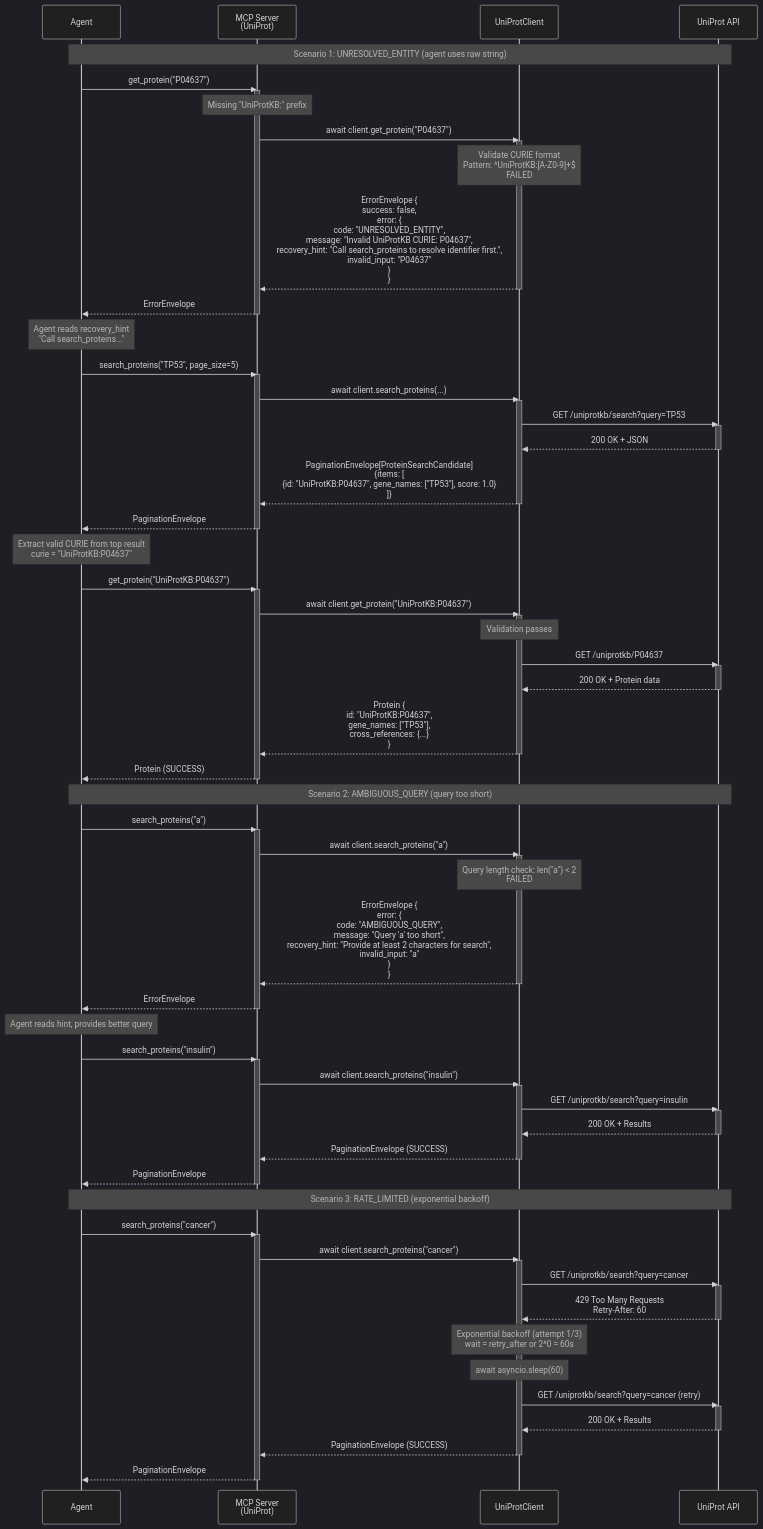
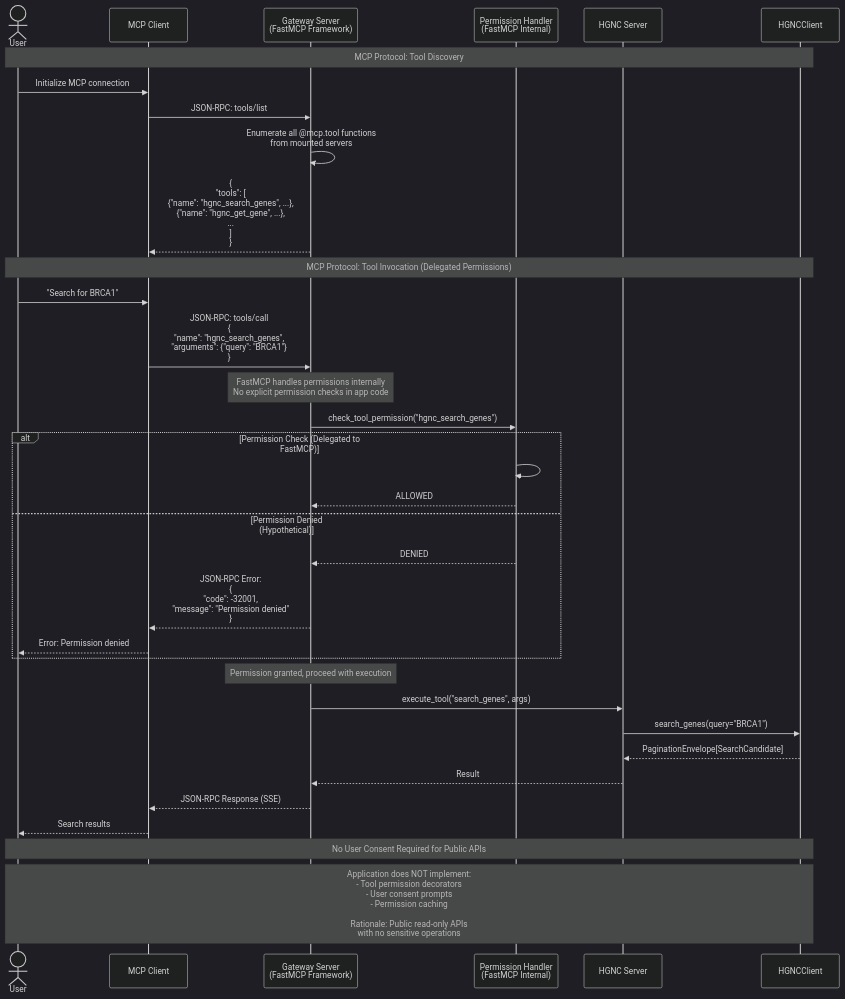
The third of 7 diagrams in architecture/docs/03_data_flows.md (donbr/lifesciences-research), drawn with Mermaid (dark theme) before and after one commit. The commit also changed other lines of this file and 11 other files, not shown here.

First line of the commit message:
Remove experimental aggregator and update architecture docs

````diff
--- a/architecture/docs/03_data_flows.md
+++ b/architecture/docs/03_data_flows.md
@@ -271,108 +380,42 @@
 ```mermaid
 sequenceDiagram
-    participant Agent
-    participant MCPServer as MCP Server<br/>(UniProt)
-    participant Client as UniProtClient
-    participant API as UniProt API
+    actor User
+    participant MCP_Client as MCP Client
+    participant Gateway as Gateway Server<br/>(FastMCP Framework)
+    participant Permission_Handler as Permission Handler<br/>(FastMCP Internal)
+    participant HGNC_Server as HGNC Server
+    participant HGNC_Client as HGNCClient
 
-    Note over Agent,API: Scenario 1: UNRESOLVED_ENTITY (agent uses raw string)
+    Note over User,HGNC_Client: MCP Protocol: Tool Discovery
+    User->>MCP_Client: Initialize MCP connection
+    MCP_Client->>Gateway: JSON-RPC: tools/list
+    Gateway->>Gateway: Enumerate all @mcp.tool functions<br/>from mounted servers
+    Gateway-->>MCP_Client: {<br/>  "tools": [<br/>    {"name": "hgnc_search_genes", ...},<br/>    {"name": "hgnc_get_gene", ...},<br/>    ...<br/>  ]<br/>}
 
-    Agent->>MCPServer: get_protein("P04637")
-    activate MCPServer
-    Note over MCPServer: Missing "UniProtKB:" prefix
-    MCPServer->>Client: await client.get_protein("P04637")
-    activate Client
+    Note over User,HGNC_Client: MCP Protocol: Tool Invocation (Delegated Permissions)
+    User->>MCP_Client: "Search for BRCA1"
+    MCP_Client->>Gateway: JSON-RPC: tools/call<br/>{<br/>  "name": "hgnc_search_genes",<br/>  "arguments": {"query": "BRCA1"}<br/>}
 
-    Note over Client: Validate CURIE format<br/>Pattern: ^UniProtKB:[A-Z0-9]+$<br/>FAILED
+    Note over Gateway: FastMCP handles permissions internally<br/>No explicit permission checks in app code
+    Gateway->>Permission_Handler: check_tool_permission("hgnc_search_genes")
 
-    Client-->>MCPServer: ErrorEnvelope {<br/>  success: false,<br/>  error: {<br/>    code: "UNRESOLVED_ENTITY",<br/>    message: "Invalid UniProtKB CURIE: P04637",<br/>    recovery_hint: "Call search_proteins to resolve identifier first.",<br/>    invalid_input: "P04637"<br/>  }<br/>}
-    deactivate Client
-    MCPServer-->>Agent: ErrorEnvelope
-    deactivate MCPServer
+    alt Permission Check (Delegated to FastMCP)
+        Permission_Handler->>Permission_Handler: # FastMCP Cloud permissions:<br/># - Public deployment: all tools allowed<br/># - Private deployment: API key required<br/># - Enterprise: custom ACLs
+        Permission_Handler-->>Gateway: ALLOWED
+    else Permission Denied (Hypothetical)
+        Permission_Handler-->>Gateway: DENIED
+        Gateway-->>MCP_Client: JSON-RPC Error:<br/>{<br/>  "code": -32001,<br/>  "message": "Permission denied"<br/>}
+        MCP_Client-->>User: Error: Permission denied
+    end
 
-    Note over Agent: Agent reads recovery_hint<br/>"Call search_proteins..."
+    Note over Gateway: Permission granted, proceed with execution
+    Gateway->>HGNC_Server: execute_tool("search_genes", args)
+    HGNC_Server->>HGNC_Client: search_genes(query="BRCA1")
+    HGNC_Client-->>HGNC_Server: PaginationEnvelope[SearchCandidate]
+    HGNC_Server-->>Gateway: Result
+    Gateway-->>MCP_Client: JSON-RPC Response (SSE)
+    MCP_Client-->>User: Search results
 
-    Agent->>MCPServer: search_proteins("TP53", page_size=5)
-    activate MCPServer
-    MCPServer->>Client: await client.search_proteins(...)
-    activate Client
-    Client->>API: GET /uniprotkb/search?query=TP53
-    activate API
-    API-->>Client: 200 OK + JSON
-    deactivate API
-    Client-->>MCPServer: PaginationEnvelope[ProteinSearchCandidate]<br/>{items: [<br/>  {id: "UniProtKB:P04637", gene_names: ["TP53"], score: 1.0}<br/>]}
-    deactivate Client
-    MCPServer-->>Agent: PaginationEnvelope
-    deactivate MCPServer
-
-    Note over Agent: Extract valid CURIE from top result<br/>curie = "UniProtKB:P04637"
-
-    Agent->>MCPServer: get_protein("UniProtKB:P04637")
-    activate MCPServer
-    MCPServer->>Client: await client.get_protein("UniProtKB:P04637")
-    activate Client
-
-    Note over Client: Validation passes
-
-    Client->>API: GET /uniprotkb/P04637
-    activate API
-    API-->>Client: 200 OK + Protein data
-    deactivate API
-    Client-->>MCPServer: Protein {<br/>  id: "UniProtKB:P04637",<br/>  gene_names: ["TP53"],<br/>  cross_references: {...}<br/>}
-    deactivate Client
-    MCPServer-->>Agent: Protein (SUCCESS)
-    deactivate MCPServer
-
-    Note over Agent,API: Scenario 2: AMBIGUOUS_QUERY (query too short)
-
-    Agent->>MCPServer: search_proteins("a")
-    activate MCPServer
-    MCPServer->>Client: await client.search_proteins("a")
-    activate Client
-
-    Note over Client: Query length check: len("a") < 2<br/>FAILED
-
-    Client-->>MCPServer: ErrorEnvelope {<br/>  error: {<br/>    code: "AMBIGUOUS_QUERY",<br/>    message: "Query 'a' too short",<br/>    recovery_hint: "Provide at least 2 characters for search",<br/>    invalid_input: "a"<br/>  }<br/>}
-    deactivate Client
-    MCPServer-->>Agent: ErrorEnvelope
-    deactivate MCPServer
-
-    Note over Agent: Agent reads hint, provides better query
-
-    Agent->>MCPServer: search_proteins("insulin")
-    activate MCPServer
-    MCPServer->>Client: await client.search_proteins("insulin")
-    activate Client
-    Client->>API: GET /uniprotkb/search?query=insulin
-    activate API
-    API-->>Client: 200 OK + Results
-    deactivate API
-    Client-->>MCPServer: PaginationEnvelope (SUCCESS)
-    deactivate Client
-    MCPServer-->>Agent: PaginationEnvelope
-    deactivate MCPServer
-
-    Note over Agent,API: Scenario 3: RATE_LIMITED (exponential backoff)
-
-    Agent->>MCPServer: search_proteins("cancer")
-    activate MCPServer
-    MCPServer->>Client: await client.search_proteins("cancer")
-    activate Client
-    Client->>API: GET /uniprotkb/search?query=cancer
-    activate API
-    API-->>Client: 429 Too Many Requests<br/>Retry-After: 60
-    deactivate API
-
-    Note over Client: Exponential backoff (attempt 1/3)<br/>wait = retry_after or 2^0 = 60s
-    Note over Client: await asyncio.sleep(60)
-
-    Client->>API: GET /uniprotkb/search?query=cancer (retry)
-    activate API
-    API-->>Client: 200 OK + Results
-    deactivate API
-
-    Client-->>MCPServer: PaginationEnvelope (SUCCESS)
-    deactivate Client
-    MCPServer-->>Agent: PaginationEnvelope
-    deactivate MCPServer
+    Note over User,HGNC_Client: No User Consent Required for Public APIs
+    Note over User,HGNC_Client: Application does NOT implement:<br/>- Tool permission decorators<br/>- User consent prompts<br/>- Permission caching<br/><br/>Rationale: Public read-only APIs<br/>with no sensitive operations
 ```
````
